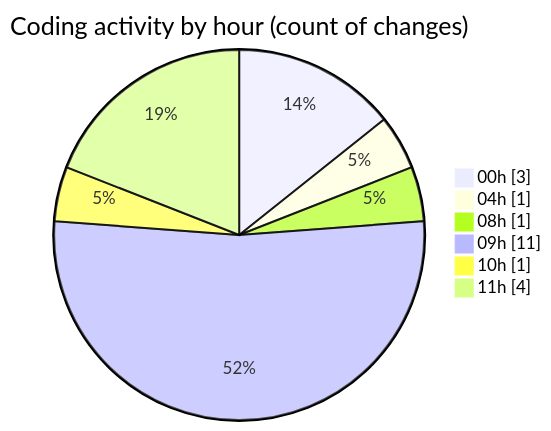
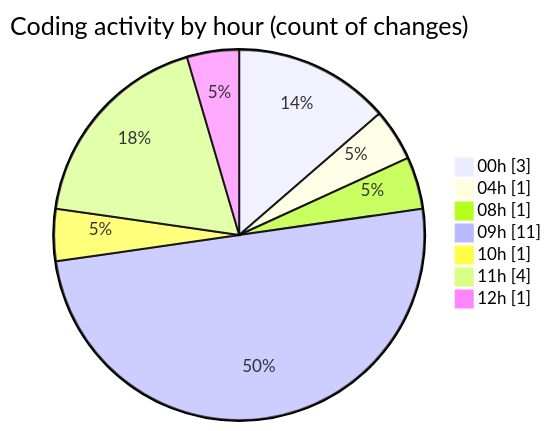
Before and after one commit to tmsrecording-cyber/code-tracking: the second of 2 diagrams in 2026-02-03/singularitybrainai/README.md, drawn with Mermaid. The commit also changed other lines of this file and 1 other file, not shown here.

````diff
--- a/2026-02-03/singularitybrainai/README.md
+++ b/2026-02-03/singularitybrainai/README.md
@@ -33,10 +33,11 @@
 ```mermaid
 pie showData
 title Coding activity by hour (count of changes)
 "00h" : 3
 "04h" : 1
 "08h" : 1
 "09h" : 11
 "10h" : 1
 "11h" : 4
+"12h" : 1
 ```
````
